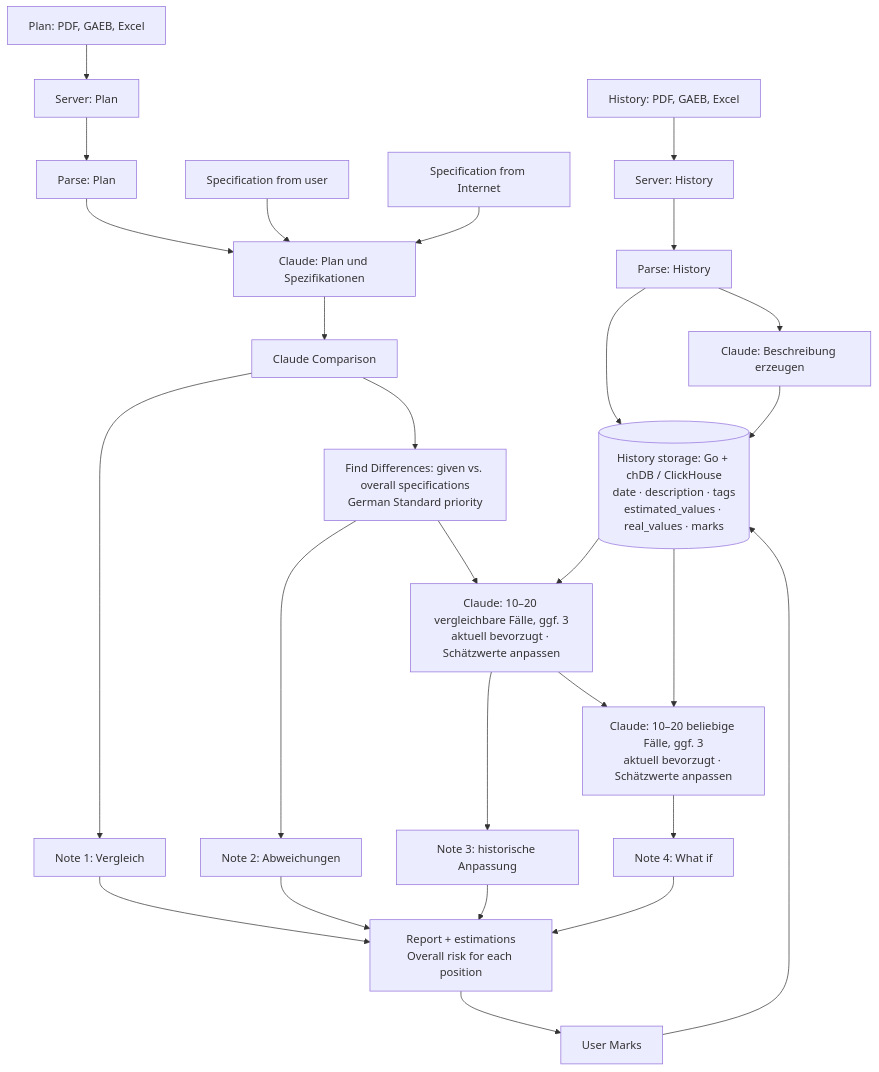
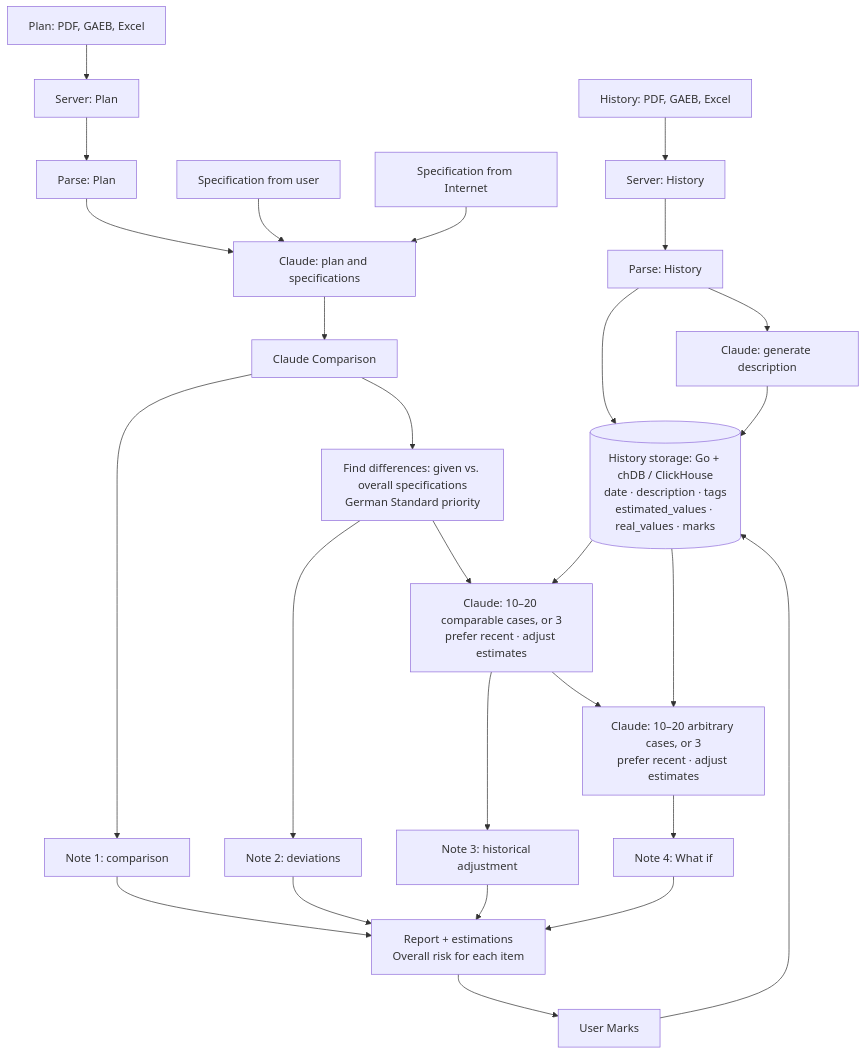
The diagram in docs/architektur.md (f89pkdtkhw-lab/tum-ai-boq-assistant), drawn with Mermaid before and after one commit. The commit also changed other lines of this file and 56 other files, not shown here.

````diff
--- a/docs/architektur.md
+++ b/docs/architektur.md
@@ -19,30 +19,30 @@
 ```mermaid
 flowchart TD
     H["History: PDF, GAEB, Excel"] --> HS["Server: History"]
     HS --> HP["Parse: History"]
     HP --> DB[("History storage: Go + chDB / ClickHouse<br/>date · description · tags<br/>estimated_values · real_values · marks")]
-    HP --> HD["Claude: Beschreibung erzeugen"]
+    HP --> HD["Claude: generate description"]
     HD --> DB
 
     P["Plan: PDF, GAEB, Excel"] --> PS["Server: Plan"]
     PS --> PP["Parse: Plan"]
-    PP --> C["Claude: Plan und Spezifikationen"]
+    PP --> C["Claude: plan and specifications"]
     U["Specification from user"] --> C
     I["Specification from Internet"] --> C
     C --> CC["Claude Comparison"]
-    CC --> N1["Note 1: Vergleich"]
-    CC --> D["Find Differences: given vs. overall specifications<br/>German Standard priority"]
-    D --> N2["Note 2: Abweichungen"]
-    D --> A["Claude: 10–20 vergleichbare Fälle, ggf. 3<br/>aktuell bevorzugt · Schätzwerte anpassen"]
+    CC --> N1["Note 1: comparison"]
+    CC --> D["Find differences: given vs. overall specifications<br/>German Standard priority"]
+    D --> N2["Note 2: deviations"]
+    D --> A["Claude: 10–20 comparable cases, or 3<br/>prefer recent · adjust estimates"]
     DB --> A
-    A --> N3["Note 3: historische Anpassung"]
-    A --> W["Claude: 10–20 beliebige Fälle, ggf. 3<br/>aktuell bevorzugt · Schätzwerte anpassen"]
+    A --> N3["Note 3: historical adjustment"]
+    A --> W["Claude: 10–20 arbitrary cases, or 3<br/>prefer recent · adjust estimates"]
     DB --> W
     W --> N4["Note 4: What if"]
-    N1 --> R["Report + estimations<br/>Overall risk for each position"]
+    N1 --> R["Report + estimations<br/>Overall risk for each item"]
     N2 --> R
     N3 --> R
     N4 --> R
     R --> M["User Marks"]
     M --> DB
 ```
````
